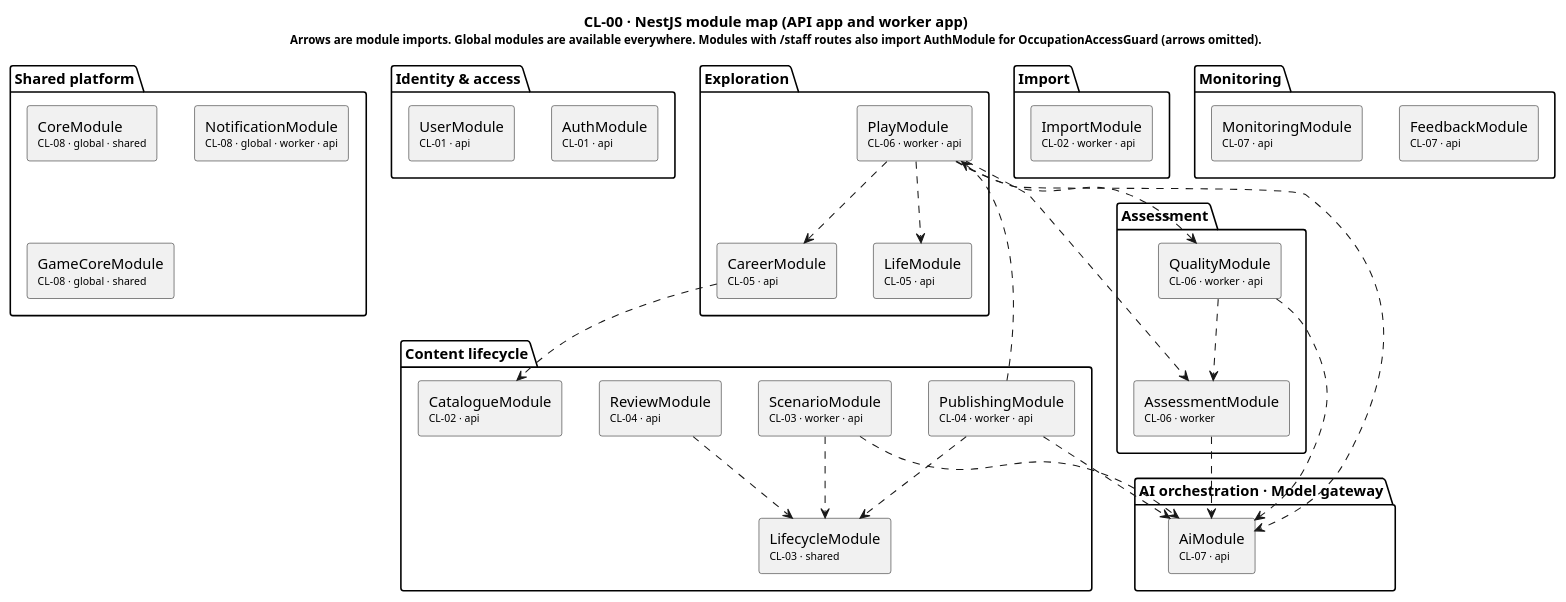
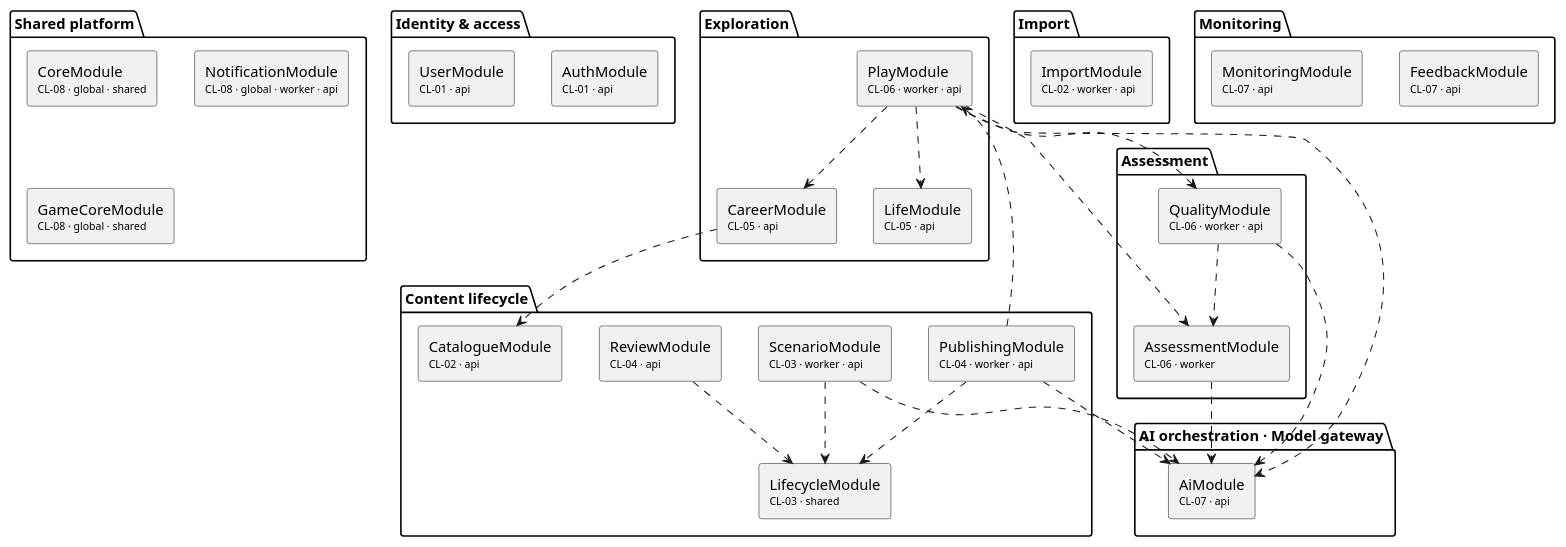
Before and after one commit to The-Golden-Trio/Capstone-Project: the diagram in reports/master/plantuml/class/CL-00_ModuleMap.puml, drawn with PlantUML. The commit also changed 167 other files, not shown here.

```diff
--- a/reports/master/plantuml/class/CL-00_ModuleMap.puml
+++ b/reports/master/plantuml/class/CL-00_ModuleMap.puml
@@ -1,55 +1,54 @@
 @startuml CL-00_ModuleMap
-title CL-00 · NestJS module map (API app and worker app)\n<size:11>Arrows are module imports. Global modules are available everywhere. Modules with /staff routes also import AuthModule for OccupationAccessGuard (arrows omitted).</size>
 skinparam componentStyle rectangle
 
 package "Identity & access" {
   [AuthModule\n<size:10>CL-01 · api</size>] as AuthModule
   [UserModule\n<size:10>CL-01 · api</size>] as UserModule
 }
 package "Content lifecycle" {
   [CatalogueModule\n<size:10>CL-02 · api</size>] as CatalogueModule
   [LifecycleModule\n<size:10>CL-03 · shared</size>] as LifecycleModule
   [ScenarioModule\n<size:10>CL-03 · worker · api</size>] as ScenarioModule
   [ReviewModule\n<size:10>CL-04 · api</size>] as ReviewModule
   [PublishingModule\n<size:10>CL-04 · worker · api</size>] as PublishingModule
 }
 package "Import" {
   [ImportModule\n<size:10>CL-02 · worker · api</size>] as ImportModule
 }
 package "Exploration" {
   [CareerModule\n<size:10>CL-05 · api</size>] as CareerModule
   [LifeModule\n<size:10>CL-05 · api</size>] as LifeModule
   [PlayModule\n<size:10>CL-06 · worker · api</size>] as PlayModule
 }
 package "Assessment" {
   [AssessmentModule\n<size:10>CL-06 · worker</size>] as AssessmentModule
   [QualityModule\n<size:10>CL-06 · worker · api</size>] as QualityModule
 }
 package "AI orchestration · Model gateway" {
   [AiModule\n<size:10>CL-07 · api</size>] as AiModule
 }
 package "Monitoring" {
   [FeedbackModule\n<size:10>CL-07 · api</size>] as FeedbackModule
   [MonitoringModule\n<size:10>CL-07 · api</size>] as MonitoringModule
 }
 package "Shared platform" {
   [CoreModule\n<size:10>CL-08 · global · shared</size>] as CoreModule
   [NotificationModule\n<size:10>CL-08 · global · worker · api</size>] as NotificationModule
   [GameCoreModule\n<size:10>CL-08 · global · shared</size>] as GameCoreModule
 }
 ScenarioModule ..> LifecycleModule
 ScenarioModule ..> AiModule
 ReviewModule ..> LifecycleModule
 PublishingModule ..> LifecycleModule
 PublishingModule ..> PlayModule
 PublishingModule ..> AiModule
 CareerModule ..> CatalogueModule
 PlayModule ..> AssessmentModule
 PlayModule ..> AiModule
 PlayModule ..> CareerModule
 PlayModule ..> LifeModule
 PlayModule ..> QualityModule
 AssessmentModule ..> AiModule
 QualityModule ..> AssessmentModule
 QualityModule ..> AiModule
 @enduml
```
